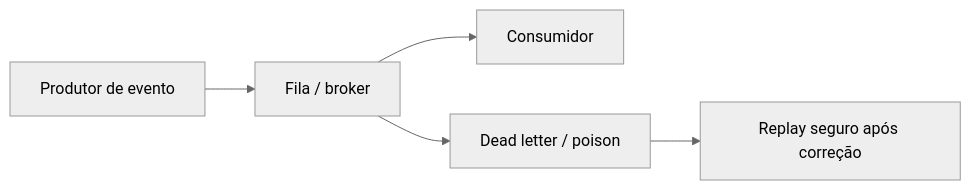
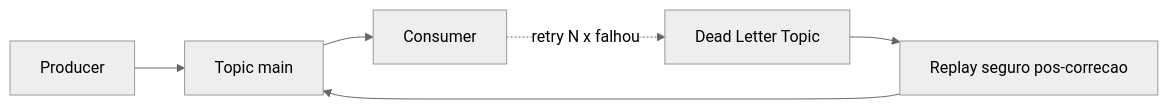
Before and after one commit to cleberhensel/logisticon-academy: the third of 4 diagrams in aulas/trilha-tecnologia-e-sistemas/modulo-02-erp-aplicado-supply-chain/aula-03-integracoes-batch.md, drawn with Mermaid (neutral theme). The commit also changed other lines of this file and 122 other files, not shown here.

````diff
--- a/aulas/trilha-tecnologia-e-sistemas/modulo-02-erp-aplicado-supply-chain/aula-03-integracoes-batch.md
+++ b/aulas/trilha-tecnologia-e-sistemas/modulo-02-erp-aplicado-supply-chain/aula-03-integracoes-batch.md
@@ -74,10 +199,11 @@
 ```mermaid
 flowchart LR
-  P[Produtor de evento]
-  Q[Fila / broker]
-  C[Consumidor]
-  DLQ[Dead letter / poison]
+  P[Producer]
+  Q[Topic main]
+  C[Consumer]
+  DLQ[Dead Letter Topic]
+  R[Replay seguro pos-correcao]
   P --> Q --> C
-  Q --> DLQ
-  DLQ --> R[Replay seguro após correção]
+  C -. retry N x falhou .-> DLQ
+  DLQ --> R --> Q
 ```
````
